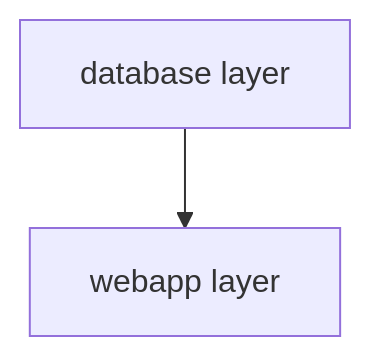
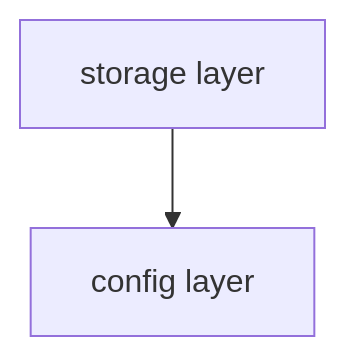
The second of 2 diagrams in docs/SAMPLE_APP_ARCHITECTURE.md (microsoft/symphony), drawn with Mermaid before and after one commit. The commit also changed other lines of this file and 106 other files, not shown here.

````diff
--- a/docs/SAMPLE_APP_ARCHITECTURE.md
+++ b/docs/SAMPLE_APP_ARCHITECTURE.md
@@ -61,4 +57,4 @@
 ```mermaid
 graph TD
-  a[database layer] --> b[webapp layer]
+  a[storage layer] --> b[config layer]
 ```
````
